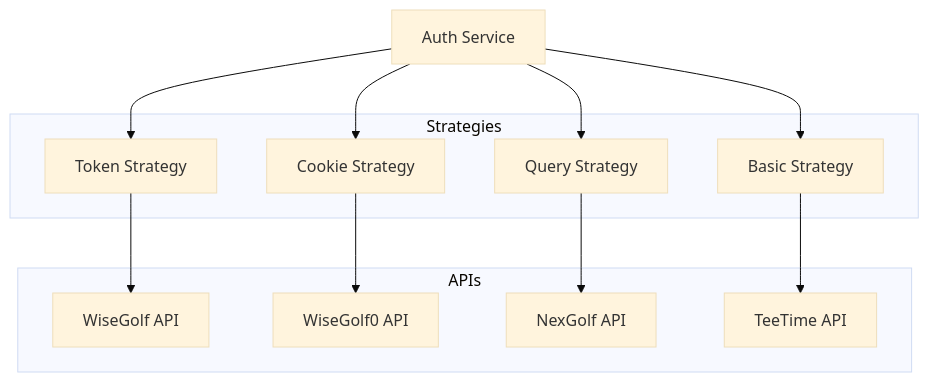
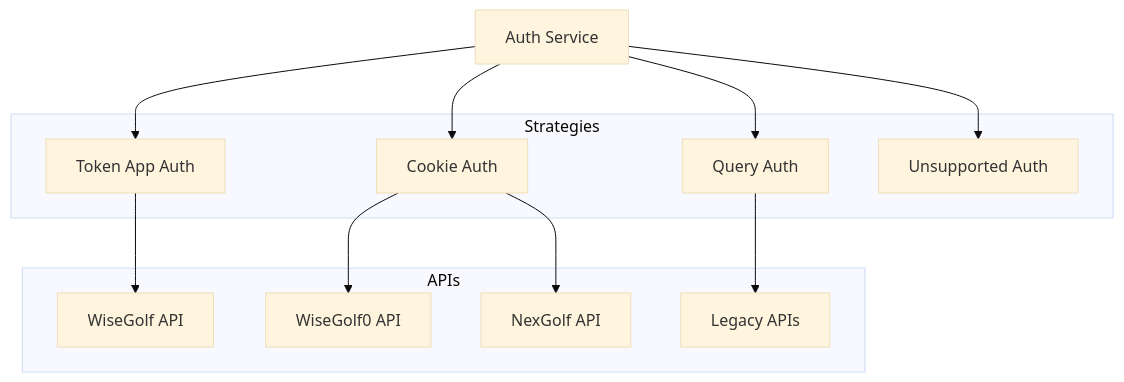
Before and after one commit to nasula/golfcal2: the first of 2 diagrams in docs/services/auth/README.md, drawn with Mermaid (base theme). The commit also changed other lines of this file and 3 other files, not shown here.

````diff
--- a/docs/services/auth/README.md
+++ b/docs/services/auth/README.md
@@ -9,26 +9,26 @@
 ```mermaid
 graph TD
-    AS[Auth Service] --> TS[Token Strategy]
-    AS --> CS[Cookie Strategy]
-    AS --> QS[Query Strategy]
-    AS --> BS[Basic Strategy]
+    AS[Auth Service] --> TAA[Token App Auth]
+    AS --> CA[Cookie Auth]
+    AS --> QA[Query Auth]
+    AS --> UA[Unsupported Auth]
     
-    TS --> WG[WiseGolf API]
-    CS --> WG0[WiseGolf0 API]
-    QS --> NG[NexGolf API]
-    BS --> TT[TeeTime API]
+    TAA --> WG[WiseGolf API]
+    CA --> WG0[WiseGolf0 API]
+    CA --> NG[NexGolf API]
+    QA --> Legacy[Legacy APIs]
     
     subgraph Strategies
-        TS
-        CS
-        QS
-        BS
+        TAA
+        CA
+        QA
+        UA
     end
     
     subgraph APIs
         WG
         WG0
         NG
-        TT
+        Legacy
     end
 ```
````
